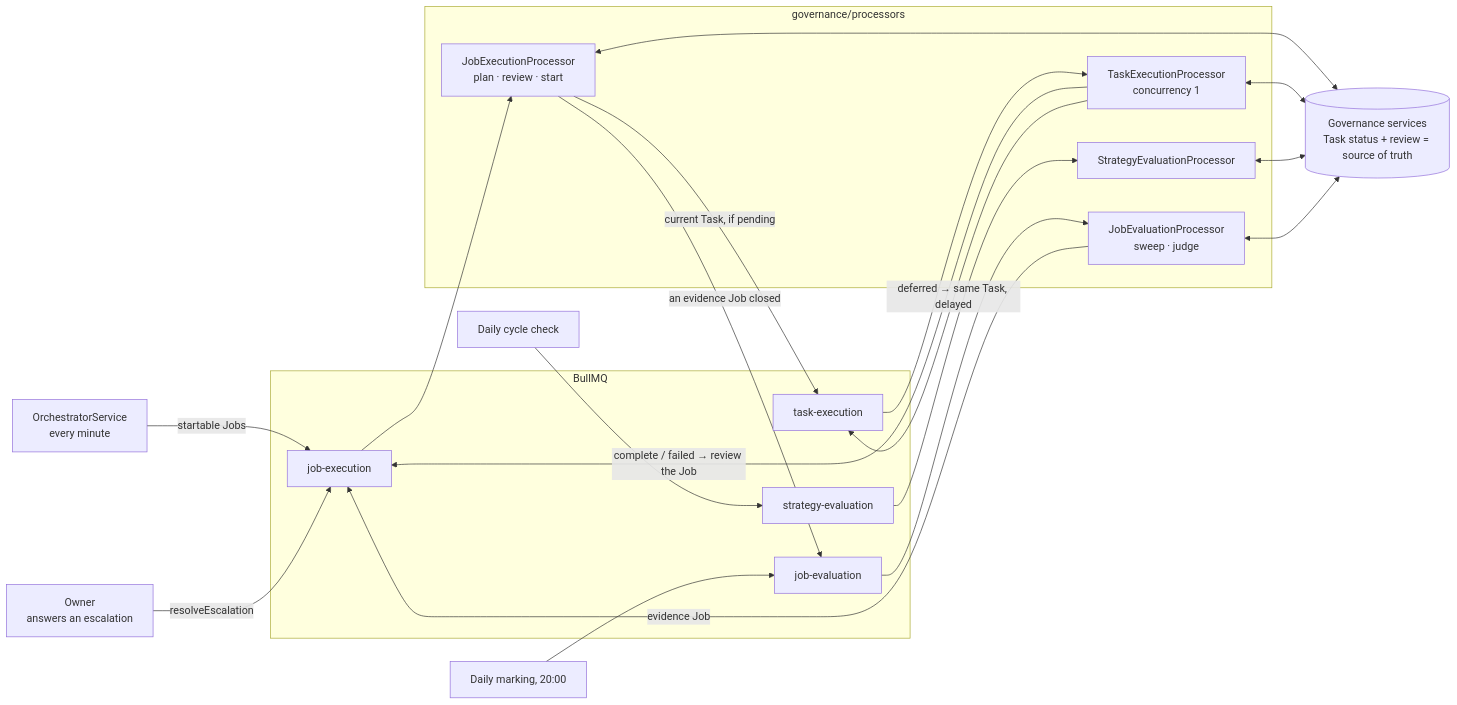
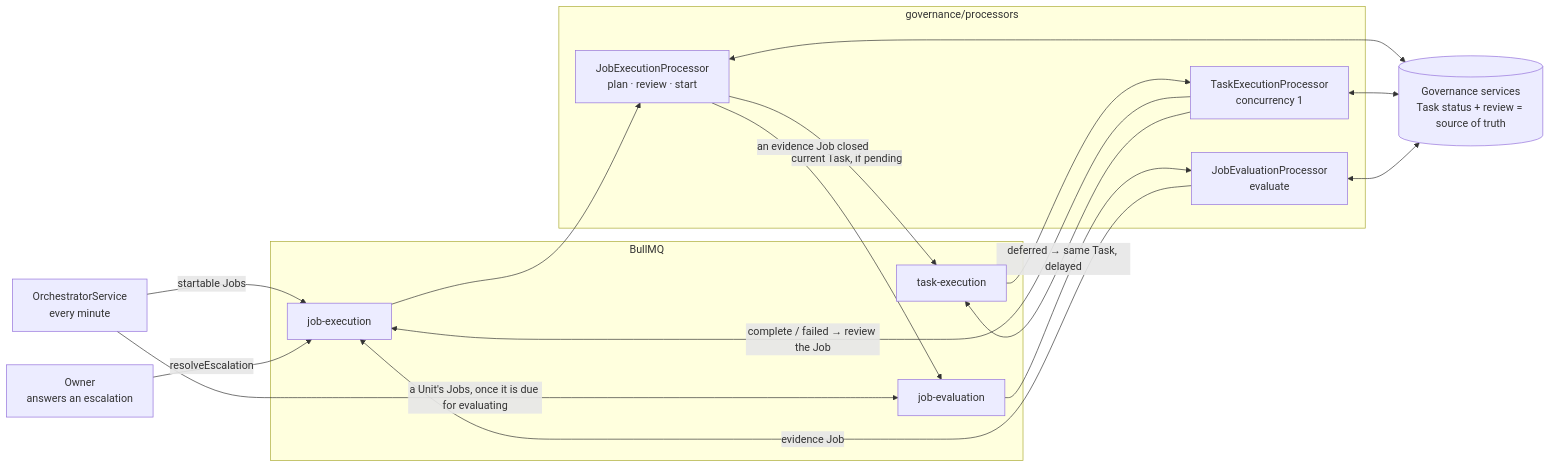
Before and after one commit to BaraaSoft/agentcores: the first of 5 diagrams in packages/backend/src/governance/processors/tech-spec.md, drawn with Mermaid. The commit also changed other lines of this file and 69 other files, not shown here.

First line of the commit message:
Enhance governance structure with new job and strategy types

````diff
--- a/packages/backend/src/governance/processors/tech-spec.md
+++ b/packages/backend/src/governance/processors/tech-spec.md
@@ -30,38 +31,32 @@
 ```mermaid
 flowchart LR
     Orch["OrchestratorService<br/>every minute"]
     Owner["Owner<br/>answers an escalation"]
-    Cron["Daily cycle check"]
-    EvalCron["Daily marking, 20:00"]
 
     subgraph Queues["BullMQ"]
         JQ["job-execution"]
         TQ["task-execution"]
-        SQ["strategy-evaluation"]
         EQ["job-evaluation"]
     end
 
     subgraph Processors["governance/processors"]
         JP["JobExecutionProcessor<br/>plan · review · start"]
         TP["TaskExecutionProcessor<br/>concurrency 1"]
-        SP["StrategyEvaluationProcessor"]
-        EP["JobEvaluationProcessor<br/>sweep · judge"]
+        EP["JobEvaluationProcessor<br/>evaluate"]
     end
 
     DB[("Governance services<br/>Task status + review = source of truth")]
 
     Orch -- "startable Jobs" --> JQ
+    Orch -- "a Unit's Jobs, once it is due for evaluating" --> EQ
     Owner -- "resolveEscalation" --> JQ
-    Cron --> SQ
     JQ --> JP
     JP -- "current Task, if pending" --> TQ
     TQ --> TP
     TP -- "complete / failed → review the Job" --> JQ
     TP -- "deferred → same Task, delayed" --> TQ
-    SQ --> SP
-    EvalCron --> EQ
     EQ --> EP
     EP -- "evidence Job" --> JQ
     JP -- "an evidence Job closed" --> EQ
-    JP & TP & SP & EP <--> DB
+    JP & TP & EP <--> DB
 ```
````
